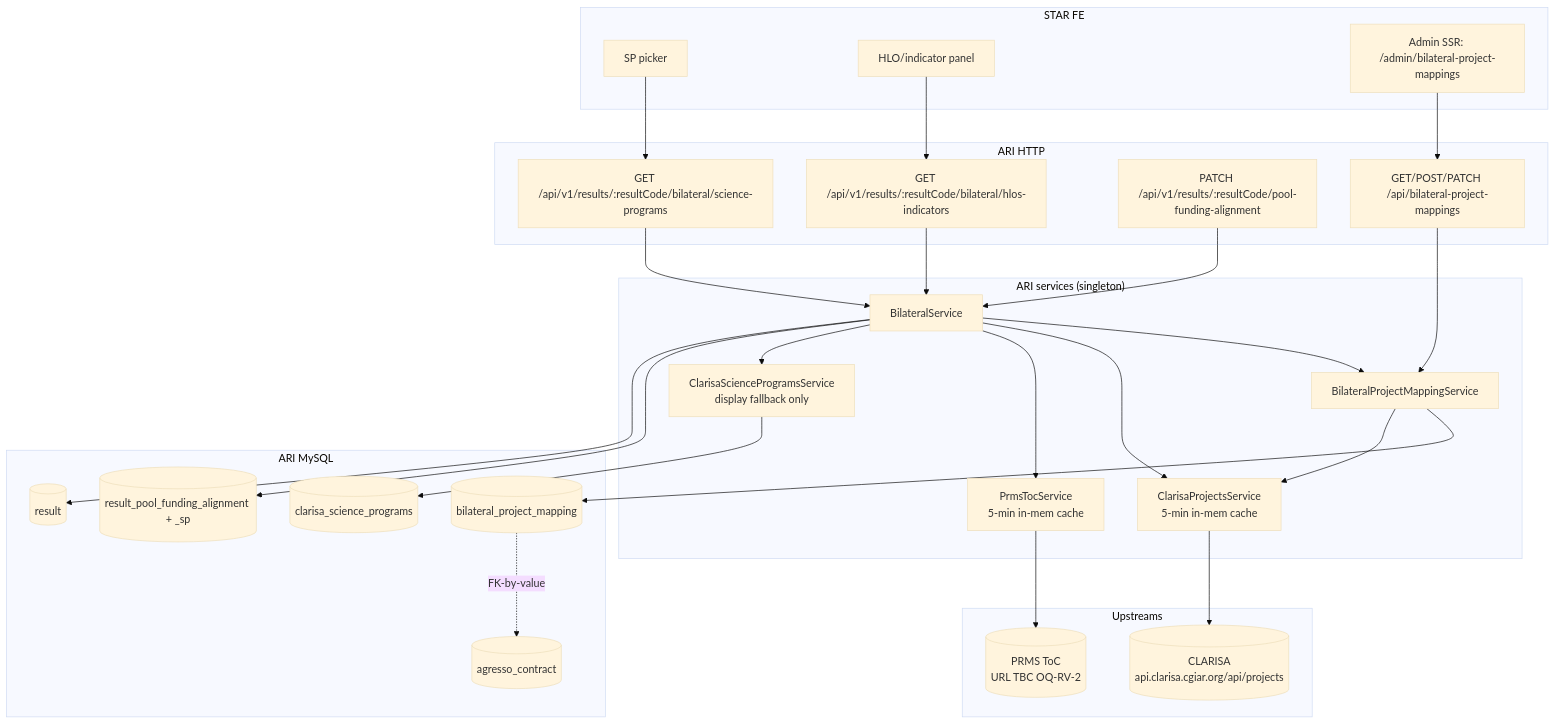
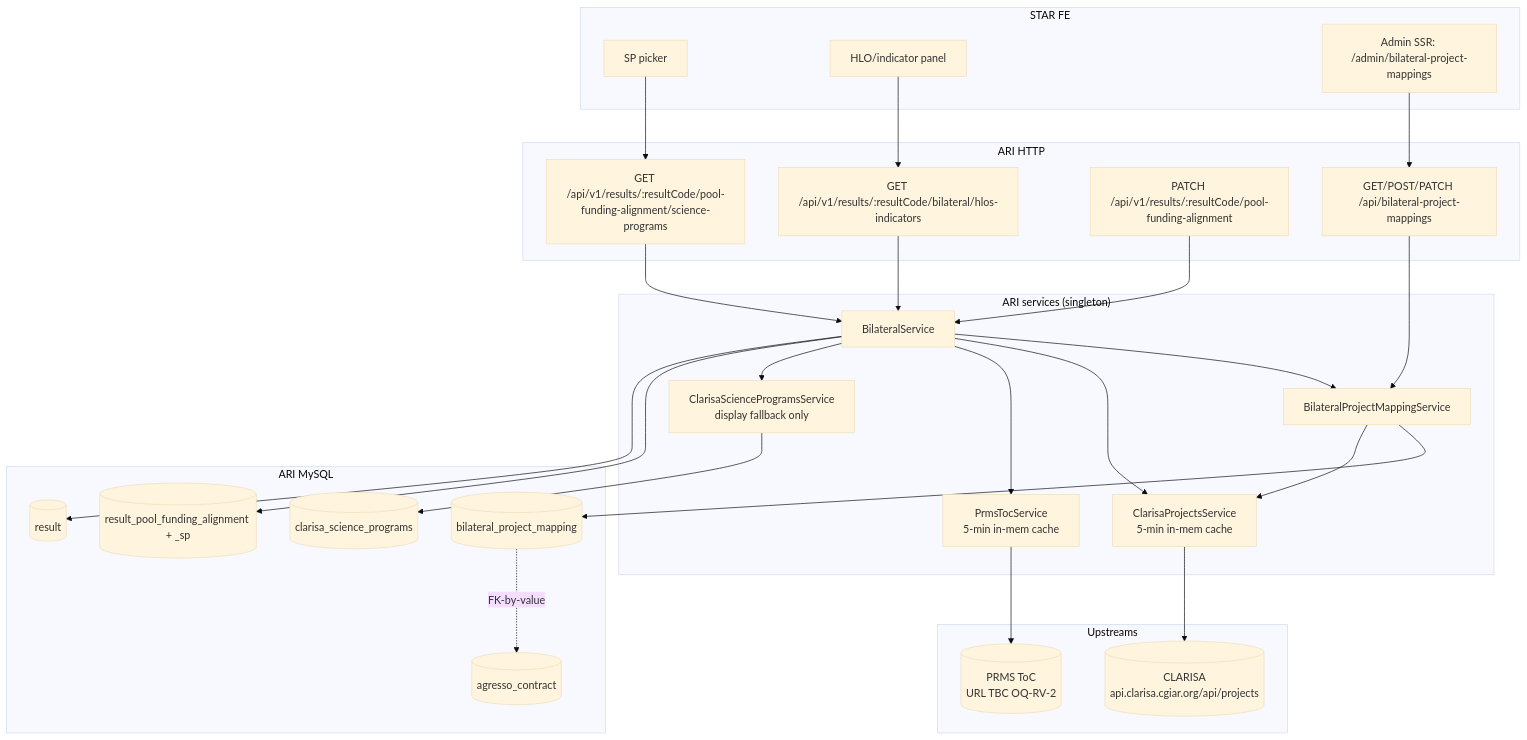
Before and after one commit to AllianceBioversityCIAT/alliance-research-indicators-main: the diagram in docs/specs/bilateral-module/pending-items/design.md, drawn with Mermaid (base theme). The commit also changed other lines of this file and 10 other files, not shown here.

````diff
--- a/docs/specs/bilateral-module/pending-items/design.md
+++ b/docs/specs/bilateral-module/pending-items/design.md
@@ -46,56 +46,56 @@
 ```mermaid
 graph TD
   subgraph "STAR FE"
     FE_PICKER[SP picker]
     FE_HLO[HLO/indicator panel]
     FE_ADMIN[Admin SSR: /admin/bilateral-project-mappings]
   end
 
   subgraph "ARI HTTP"
-    EP_SP["GET /api/v1/results/:resultCode/bilateral/science-programs"]
+    EP_SP["GET /api/v1/results/:resultCode/pool-funding-alignment/science-programs"]
     EP_HLO["GET /api/v1/results/:resultCode/bilateral/hlos-indicators"]
     EP_PATCH["PATCH /api/v1/results/:resultCode/pool-funding-alignment"]
     EP_ADMIN["GET/POST/PATCH /api/bilateral-project-mappings"]
   end
 
   subgraph "ARI services (singleton)"
     SRV_BIL[BilateralService]
     SRV_BPM[BilateralProjectMappingService]
     SRV_CLA[ClarisaProjectsService<br/>5-min in-mem cache]
     SRV_PRMS[PrmsTocService<br/>5-min in-mem cache]
     SRV_SP[ClarisaScienceProgramsService<br/>display fallback only]
   end
 
   subgraph "ARI MySQL"
     T_MAP[(bilateral_project_mapping)]
     T_ALG[(result_pool_funding_alignment + _sp)]
     T_CSP[(clarisa_science_programs)]
     T_AGR[(agresso_contract)]
     T_RES[(result)]
   end
 
   subgraph "Upstreams"
     CLA[(CLARISA<br/>api.clarisa.cgiar.org/api/projects)]
     PRMS[(PRMS ToC<br/>URL TBC OQ-RV-2)]
   end
 
   FE_PICKER --> EP_SP
   FE_HLO --> EP_HLO
   FE_ADMIN --> EP_ADMIN
   EP_SP --> SRV_BIL
   EP_HLO --> SRV_BIL
   EP_PATCH --> SRV_BIL
   EP_ADMIN --> SRV_BPM
   SRV_BIL --> SRV_BPM
   SRV_BIL --> SRV_CLA
   SRV_BIL --> SRV_PRMS
   SRV_BIL --> SRV_SP
   SRV_BPM --> T_MAP
   SRV_BPM --> SRV_CLA
   SRV_CLA --> CLA
   SRV_PRMS --> PRMS
   SRV_SP --> T_CSP
   SRV_BIL --> T_ALG
   SRV_BIL --> T_RES
   T_MAP -. FK-by-value .-> T_AGR
 ```
````
